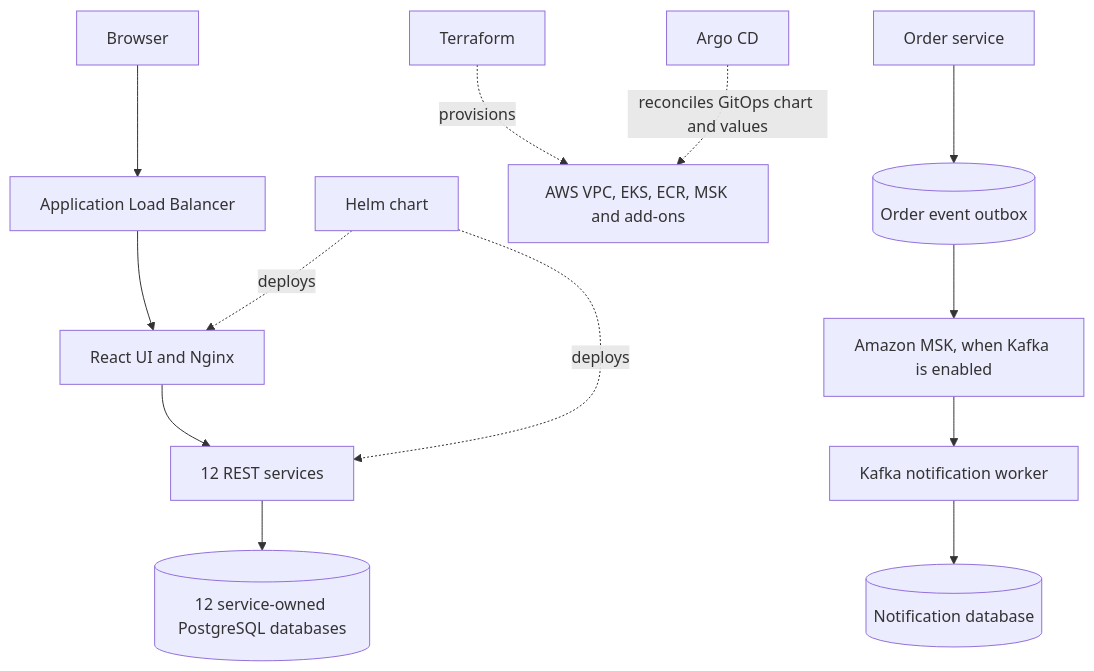
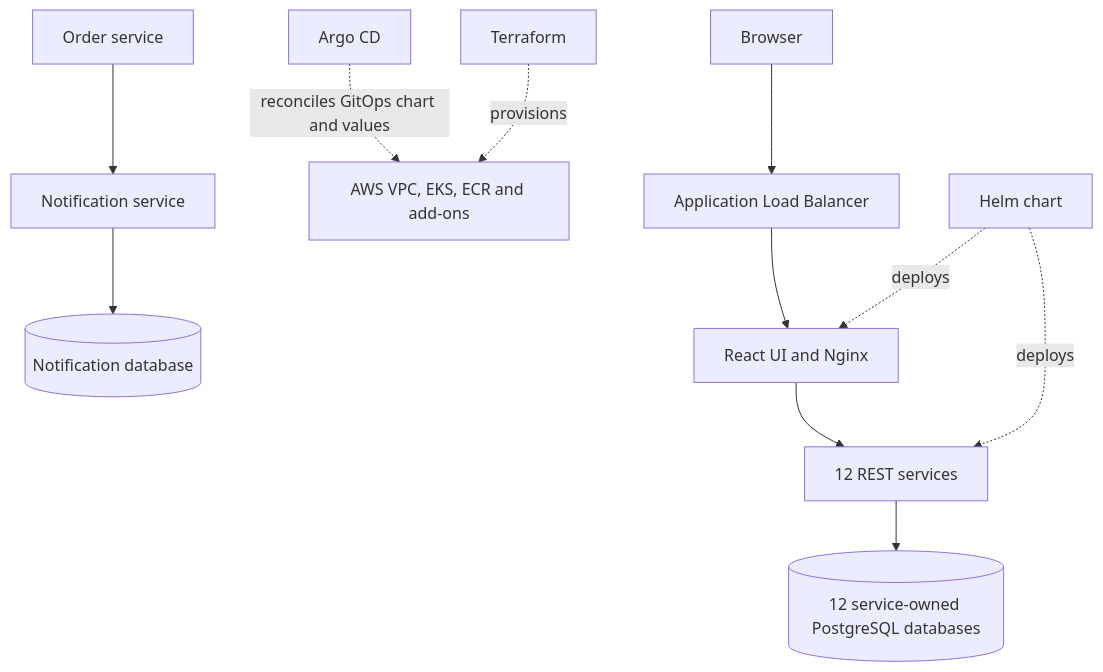
Before and after one commit to rajkumargudala/ecommerce: the diagram in README.md, drawn with Mermaid. The commit also changed other lines of this file and 20 other files, not shown here.

````diff
--- a/README.md
+++ b/README.md
@@ -24,15 +21,13 @@
 ```mermaid
 flowchart TD
     Browser --> ALB[Application Load Balancer]
     ALB --> FE[React UI and Nginx]
     FE --> API[12 REST services]
     API --> DB[(12 service-owned PostgreSQL databases)]
-    Order[Order service] --> Outbox[(Order event outbox)]
-    Outbox --> MSK[Amazon MSK, when Kafka is enabled]
-    MSK --> Worker[Kafka notification worker]
-    Worker --> NotifyDB[(Notification database)]
-    Terraform[Terraform] -. provisions .-> AWS[AWS VPC, EKS, ECR, MSK and add-ons]
+    Order[Order service] --> Notify[Notification service]
+    Notify --> NotifyDB[(Notification database)]
+    Terraform[Terraform] -. provisions .-> AWS[AWS VPC, EKS, ECR and add-ons]
     Helm[Helm chart] -. deploys .-> API
     Helm -. deploys .-> FE
     ArgoCD[Argo CD] -. reconciles GitOps chart and values .-> AWS
 ```
````
